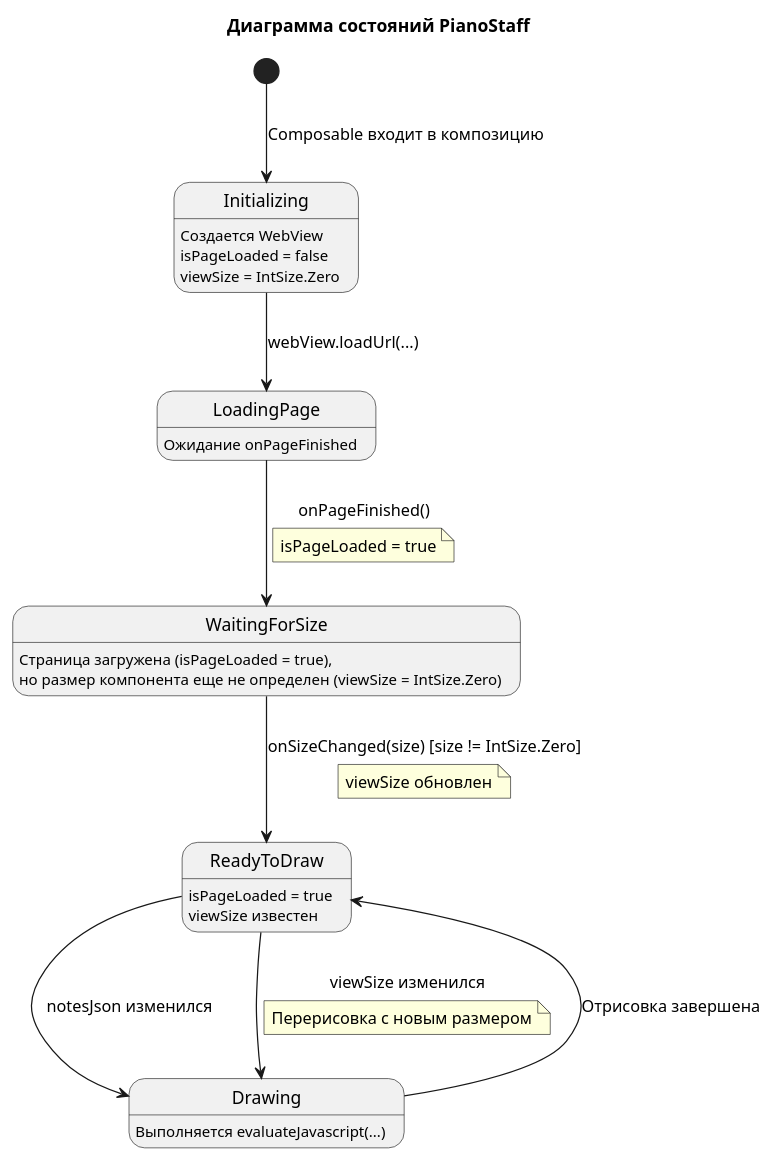
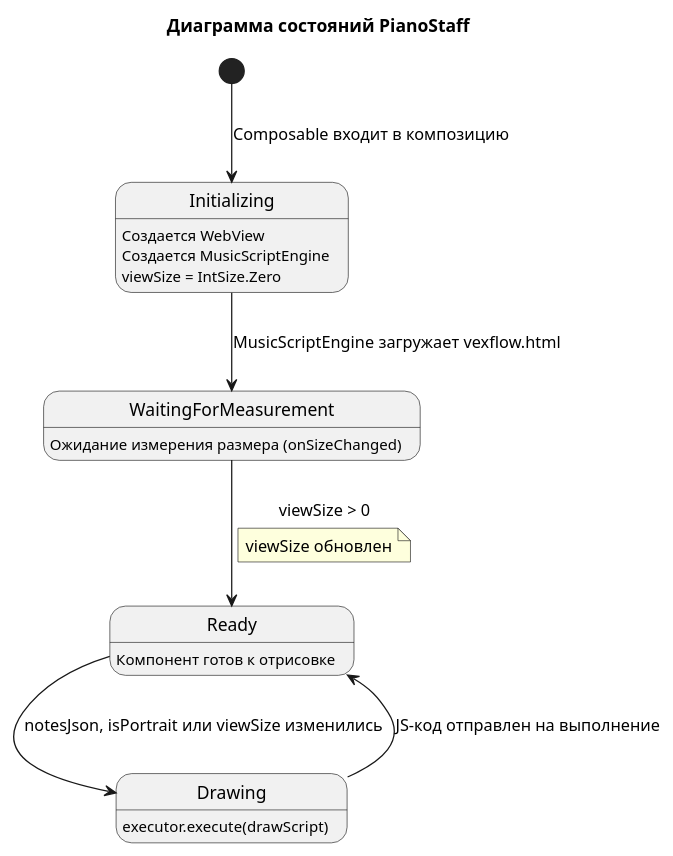
The eighth of 9 diagrams in docs/ru/ts/MIDI_MESSAGE_PROCESSING.md (astrizhachuk/PianoFlow), drawn with PlantUML before and after one commit. The commit also changed other lines of this file and 47 other files, not shown here.

````diff
--- a/docs/ru/ts/MIDI_MESSAGE_PROCESSING.md
+++ b/docs/ru/ts/MIDI_MESSAGE_PROCESSING.md
@@ -377,46 +501,31 @@
 ```plantuml
 @startuml
 title Диаграмма состояний PianoStaff
 
 [*] --> Initializing : Composable входит в композицию
 
 state Initializing
 Initializing : Создается WebView
-Initializing : isPageLoaded = false
+Initializing : Создается MusicScriptEngine
 Initializing : viewSize = IntSize.Zero
 
-Initializing --> LoadingPage : webView.loadUrl(...)
+Initializing --> WaitingForMeasurement : MusicScriptEngine загружает vexflow.html
 
-state LoadingPage
-LoadingPage : Ожидание onPageFinished
+state WaitingForMeasurement
+WaitingForMeasurement : Ожидание измерения размера (onSizeChanged)
 
-LoadingPage --> WaitingForSize : onPageFinished()
-note on link
-  isPageLoaded = true
-end note
-
-state WaitingForSize
-WaitingForSize : Страница загружена (isPageLoaded = true),\nно размер компонента еще не определен (viewSize = IntSize.Zero)
-
-WaitingForSize --> ReadyToDraw : onSizeChanged(size) [size != IntSize.Zero]
+WaitingForMeasurement --> Ready : viewSize > 0
 note on link
   viewSize обновлен
 end note
 
-state ReadyToDraw
-ReadyToDraw : isPageLoaded = true
-ReadyToDraw : viewSize известен
+state Ready
+Ready : Компонент готов к отрисовке
 
 state Drawing
-Drawing : Выполняется evaluateJavascript(...)
+Drawing : executor.execute(drawScript)
 
-ReadyToDraw --> Drawing : notesJson изменился
-Drawing --> ReadyToDraw : Отрисовка завершена
-
-ReadyToDraw --> Drawing : viewSize изменился
-note on link
-  Перерисовка с новым размером
-end note
-
+Ready --> Drawing : notesJson, isPortrait или viewSize изменились
+Drawing --> Ready : JS-код отправлен на выполнение
 @enduml
 ```
````
